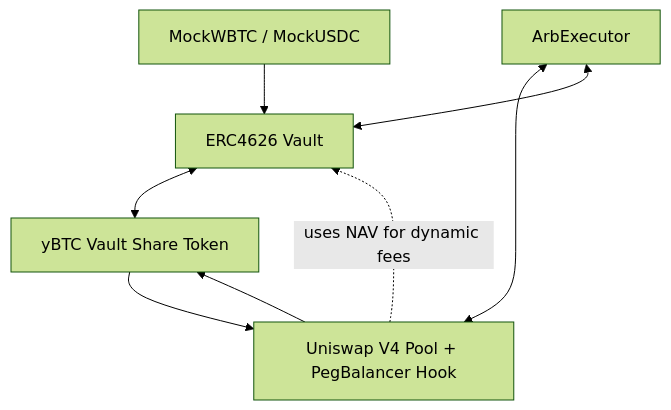
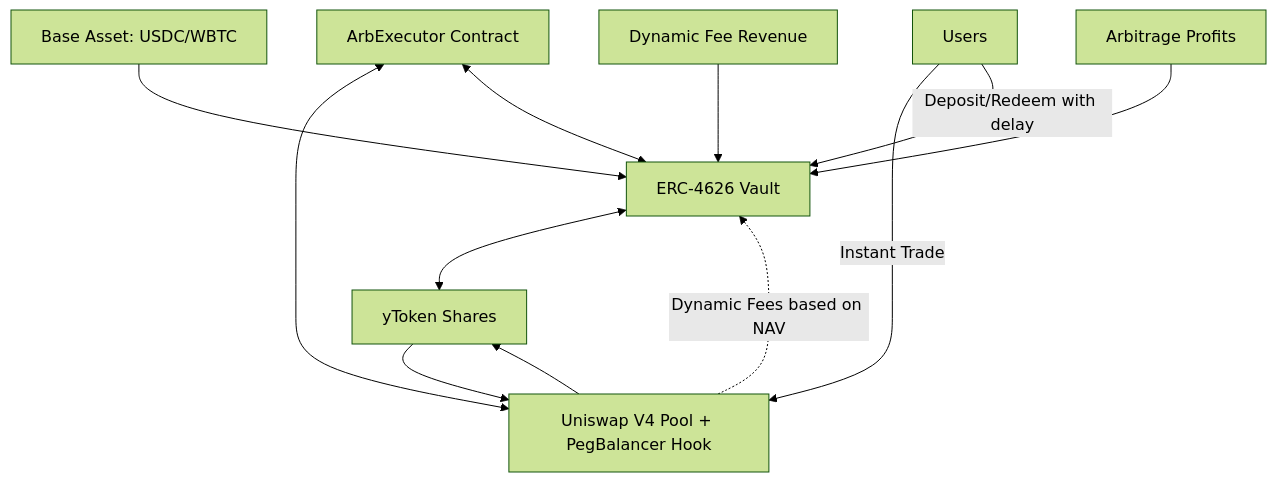
Before and after one commit to hwdeboer1977/Uniswap_V4_PegBalancerHook: the diagram in README.md, drawn with Mermaid (forest theme). The commit also changed other lines of this file and 2 other files, not shown here.

````diff
--- a/README.md
+++ b/README.md
@@ -23,18 +52,20 @@
 ```mermaid
 flowchart TD
-    A[MockWBTC / MockUSDC] --> B[ERC4626 Vault]
+    A[Base Asset: USDC/WBTC] --> B[ERC-4626 Vault]
 
-    %% Vault <-> Share token
-    B <--> C[yBTC Vault Share Token]
+    B <--> C[yToken Shares]
 
-    %% Shares trade in the pool with the PegBalancer Hook
     C --> D[Uniswap V4 Pool + PegBalancer Hook]
     D --> C
 
-    %% ArbExecutor interacts with BOTH the pool and the vault
-    E[ArbExecutor] <--> D
+    E[ArbExecutor Contract] <--> D
     E <--> B
 
-    %% Hook consults Vault NAV (conceptual data flow)
-    D -. uses NAV for dynamic fees .-> B
+    D -. Dynamic Fees based on NAV .-> B
+
+    F[Users] --> |Instant Trade| D
+    F --> |Deposit/Redeem with delay| B
+
+    G[Dynamic Fee Revenue] --> B
+    H[Arbitrage Profits] --> B
 ```
````
